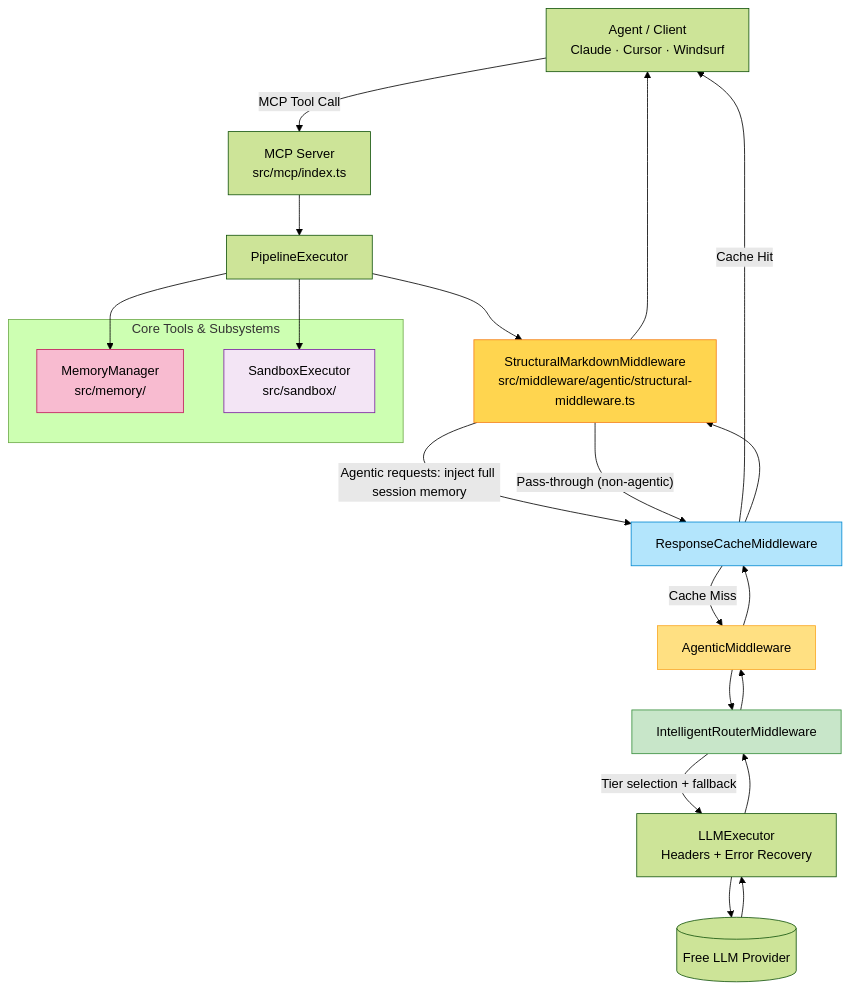
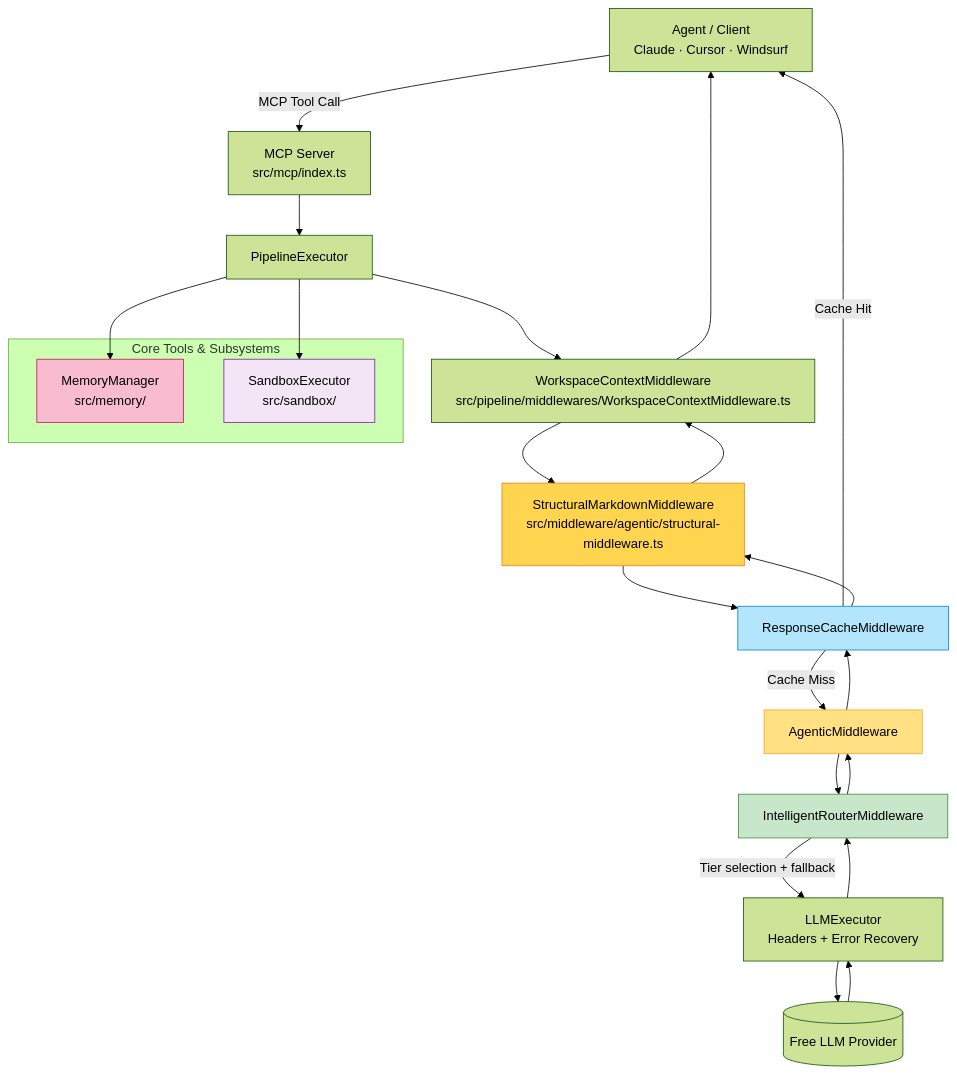
Before and after one commit to djmahe4/awesome-free-llm-apis: the diagram in mcp-server/README.md, drawn with Mermaid (forest theme). The commit also changed other lines of this file and 26 other files, not shown here.

````diff
--- a/mcp-server/README.md
+++ b/mcp-server/README.md
@@ -9,31 +9,31 @@
 ```mermaid
 graph TD
     A[Agent / Client<br/>Claude · Cursor · Windsurf] -->|MCP Tool Call| B[MCP Server<br/>src/mcp/index.ts]
     B --> C[PipelineExecutor]
     
     subgraph "Core Tools & Subsystems"
         J[MemoryManager<br/>src/memory/]
         K[SandboxExecutor<br/>src/sandbox/]
     end
 
-    C --> D[StructuralMarkdownMiddleware<br/>src/middleware/agentic/structural-middleware.ts]
-    D -->|Agentic requests: inject full session memory| E[ResponseCacheMiddleware]
+    C --> L[WorkspaceContextMiddleware<br/>src/pipeline/middlewares/WorkspaceContextMiddleware.ts]
+    L --> D[StructuralMarkdownMiddleware<br/>src/middleware/agentic/structural-middleware.ts]
+    D --> E[ResponseCacheMiddleware]
     E -->|Cache Miss| F[AgenticMiddleware]
     F --> G[IntelligentRouterMiddleware]
     G -->|Tier selection + fallback| H[LLMExecutor<br/>Headers + Error Recovery]
     H --> I[(Free LLM Provider)]
 
-    C --> J[MemoryManager<br/>src/memory/]
-    C --> K[SandboxExecutor<br/>src/sandbox/]
+    C --> J
+    C --> K
     
-    D -->|"Pass-through (non-agentic)"| E
     E -->|Cache Hit| A
-    I --> H --> G --> F --> E --> D --> A
+    I --> H --> G --> F --> E --> D --> L --> A
 
     style D fill:#ffd54f,stroke:#f57f17
     style F fill:#ffe082,stroke:#f9a825
     style E fill:#b3e5fc,stroke:#0288d1
     style G fill:#c8e6c9,stroke:#388e3c
     style J fill:#f8bbd0,stroke:#c2185b
     style K fill:#f3e5f5,stroke:#7b1fa2
 ```
````
